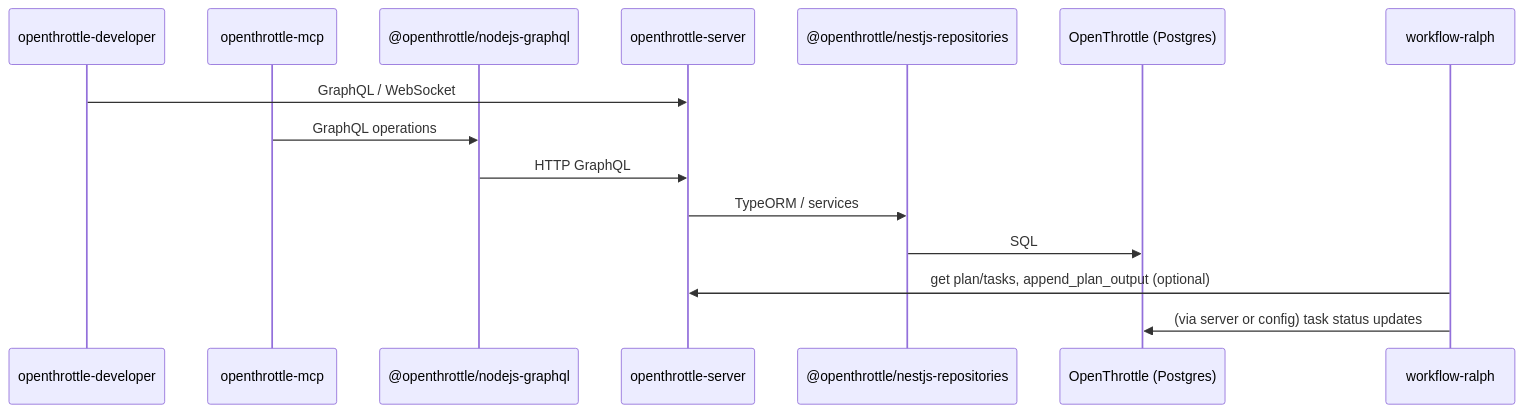
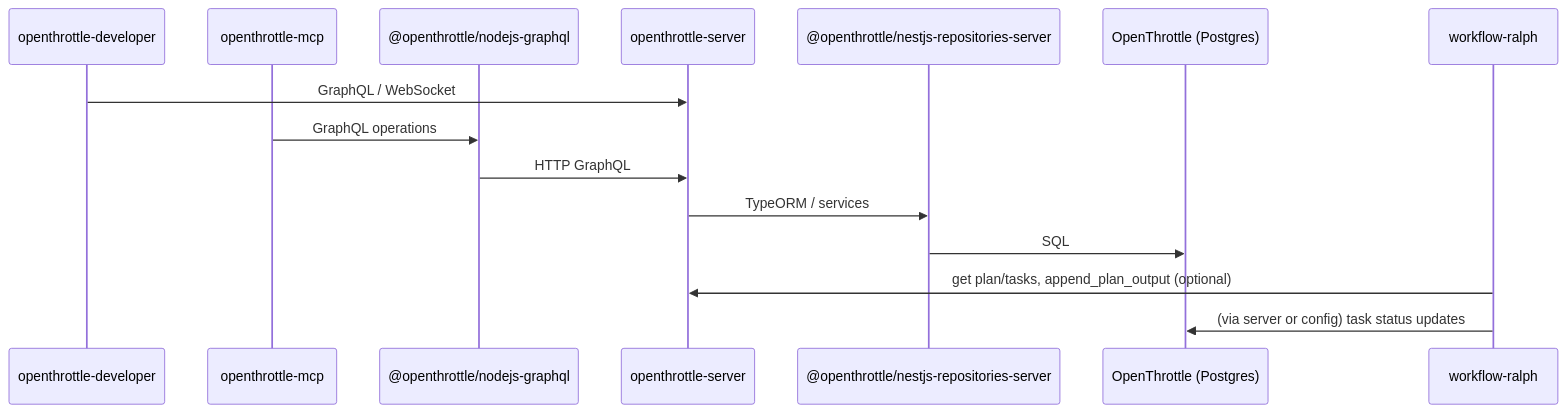
One commit to OpenThrottle/monorepo changed the second of 2 diagrams in docs/openthrottle/monorepo-architecture.md. Above: the diagram before and after it, drawn with Mermaid. The commit also changed other lines of this file and 259 other files, not shown here.

First line of the commit message:
refactor(nestjs-repositories-server): move the DataSource and retire nestjs-repositories (#908)

````diff
--- a/docs/openthrottle/monorepo-architecture.md
+++ b/docs/openthrottle/monorepo-architecture.md
@@ -56,18 +56,18 @@
 ```mermaid
 sequenceDiagram
   participant Dev as openthrottle-developer
   participant MCP as openthrottle-mcp
   participant Client as @openthrottle/nodejs-graphql
   participant Server as openthrottle-server
-  participant Repos as @openthrottle/nestjs-repositories
+  participant Repos as @openthrottle/nestjs-repositories-server
   participant OpenThrottle as OpenThrottle (Postgres)
   participant Ralph as workflow-ralph
 
   Dev->>Server: GraphQL / WebSocket
   MCP->>Client: GraphQL operations
   Client->>Server: HTTP GraphQL
   Server->>Repos: TypeORM / services
   Repos->>OpenThrottle: SQL
   Ralph->>Server: get plan/tasks, append_plan_output (optional)
   Ralph->>OpenThrottle: (via server or config) task status updates
 ```
````
